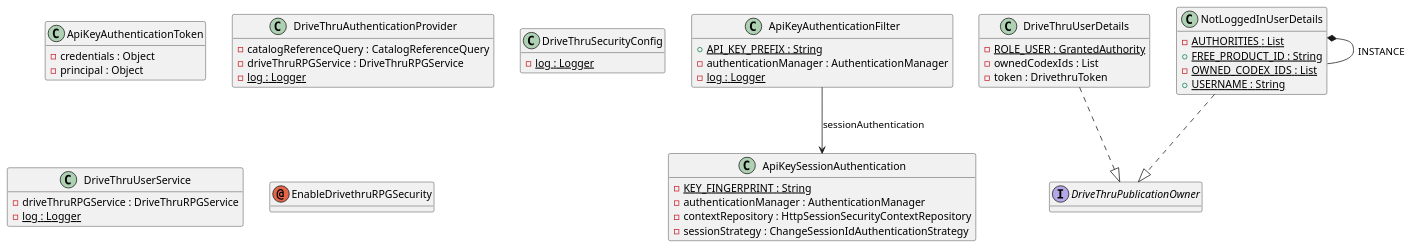
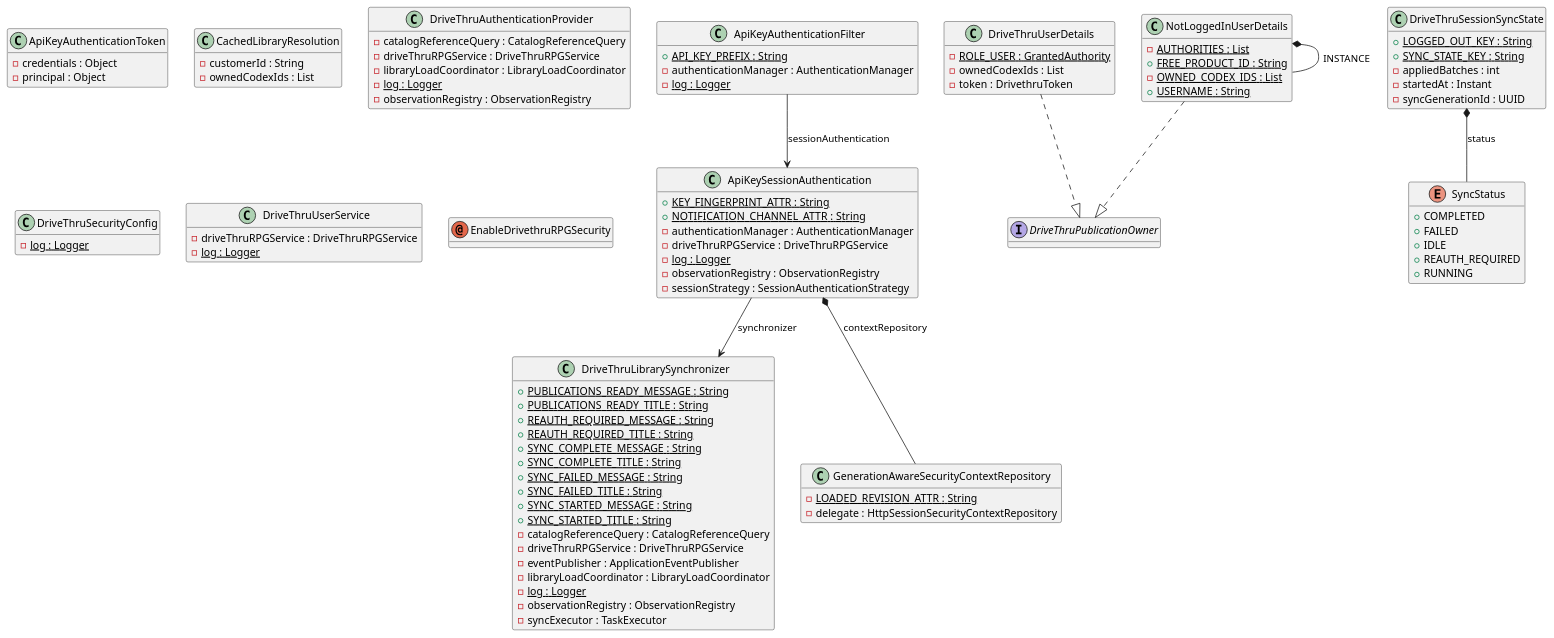
One commit to Paladins-Inn/torg-codex changed the diagram in docs/modules/arc42/images/uml/classes/torg-codex-application-security.puml. Above: the diagram before and after it, drawn with PlantUML. The commit also changed 143 other files, not shown here.

Commit message:
feat: asynchronous library loading and notification for users.

```diff
--- a/docs/modules/arc42/images/uml/classes/torg-codex-application-security.puml
+++ b/docs/modules/arc42/images/uml/classes/torg-codex-application-security.puml
@@ -6,6 +6,8 @@
 	{field} {static} -log : Logger
 	{method} -clearAuthentication ( request : HttpServletRequest , response : HttpServletResponse ) : void
 	{method} #doFilterInternal ( request : HttpServletRequest , response : HttpServletResponse , filterChain : FilterChain ) : void
+	{method}  {static} -isApiRoute ( request : HttpServletRequest ) : boolean
+	{method} -resolveHeaderAuthentication ( apiKey : String , request : HttpServletRequest , response : HttpServletResponse ) : Authentication
 }
 
 
@@ -19,24 +21,85 @@
 
 
 class ApiKeySessionAuthentication {
-	{field} {static} -KEY_FINGERPRINT : String
+	{field} {static} +KEY_FINGERPRINT_ATTR : String
+	{field} {static} +NOTIFICATION_CHANNEL_ATTR : String
 	{field} -authenticationManager : AuthenticationManager
-	{field} -contextRepository : HttpSessionSecurityContextRepository
-	{field} -sessionStrategy : ChangeSessionIdAuthenticationStrategy
+	{field} -driveThruRPGService : DriveThruRPGService
+	{field} {static} -log : Logger
+	{field} -observationRegistry : ObservationRegistry
+	{field} -sessionStrategy : SessionAuthenticationStrategy
 	{method} +authenticate ( apiKey : String , request : HttpServletRequest , response : HttpServletResponse ) : Authentication
+	{method} +authenticateHeaderWithExistingSession ( apiKey : String , request : HttpServletRequest ) : Authentication
+	{method} +authenticateInteractive ( apiKey : String , channelId : String , request : HttpServletRequest , response : HttpServletResponse ) : Authentication
 	{method} +clear ( request : HttpServletRequest , response : HttpServletResponse ) : void
-	{method}  {static} -fingerprint ( apiKey : String ) : byte[]
+	{method}  {static} -completedSessionAuthentication ( session : HttpSession , fingerprint : ApiKeyFingerprint ) : Authentication
+	{method} +currentFingerprint ( session : HttpSession ) : Optional
+	{method}  {static} -existingCompletedOrPartialIdsForSameKey ( session : HttpSession , fingerprint : ApiKeyFingerprint ) : List
+	{method}  {static} -resolveOrCreateChannelId ( session : HttpSession , suppliedChannelId : String ) : String
 	{method} -restore ( authentication : Authentication ) : SecurityContext
+	{method}  {static} ~sanitizeForSession ( authentication : Authentication ) : Authentication
+	{method} -validateTokenWithObservation ( normalizedKey : String ) : DrivethruToken
+}
+
+
+class CachedLibraryResolution {
+	{field} -customerId : String
+	{field} -ownedCodexIds : List
+	{method} +customerId () : String
+	{method} +equals ( o : Object ) : boolean
+	{method} +hashCode () : int
+	{method} +ownedCodexIds () : List
+	{method} +toString () : String
 }
 
 
 class DriveThruAuthenticationProvider {
 	{field} -catalogReferenceQuery : CatalogReferenceQuery
 	{field} -driveThruRPGService : DriveThruRPGService
+	{field} -libraryLoadCoordinator : LibraryLoadCoordinator
 	{field} {static} -log : Logger
+	{field} -observationRegistry : ObservationRegistry
 	{method} +authenticate ( authentication : Authentication ) : Authentication
-	{method} -resolveOwnedCodexIds ( token : DrivethruToken ) : List
+	{method} -authenticateKey ( authentication : Authentication ) : Authentication
+	{method} -resolveOwnedCodexIds ( apiKey : String , token : DrivethruToken ) : List
+	{method}  {static} -sanitizeToken ( token : DrivethruToken ) : DrivethruToken
 	{method} +supports ( authClass : Class ) : boolean
+}
+
+
+class DriveThruLibrarySynchronizer {
+	{field} {static} +PUBLICATIONS_READY_MESSAGE : String
+	{field} {static} +PUBLICATIONS_READY_TITLE : String
+	{field} {static} +REAUTH_REQUIRED_MESSAGE : String
+	{field} {static} +REAUTH_REQUIRED_TITLE : String
+	{field} {static} +SYNC_COMPLETE_MESSAGE : String
+	{field} {static} +SYNC_COMPLETE_TITLE : String
+	{field} {static} +SYNC_FAILED_MESSAGE : String
+	{field} {static} +SYNC_FAILED_TITLE : String
+	{field} {static} +SYNC_STARTED_MESSAGE : String
+	{field} {static} +SYNC_STARTED_TITLE : String
+	{field} -catalogReferenceQuery : CatalogReferenceQuery
+	{field} -driveThruRPGService : DriveThruRPGService
+	{field} -eventPublisher : ApplicationEventPublisher
+	{field} -libraryLoadCoordinator : LibraryLoadCoordinator
+	{field} {static} -log : Logger
+	{field} -observationRegistry : ObservationRegistry
+	{field} -syncExecutor : TaskExecutor
+	{method} -applyBatch ( session : HttpSession , fingerprint : ApiKeyFingerprint , workerToken : DrivethruToken , generationId : UUID , batch : DriveThruLibraryBatch ) : void
+	{method} -completeGeneration ( session : HttpSession , channelId : String , fingerprint : ApiKeyFingerprint , workerToken : DrivethruToken , generationId : UUID , snapshot : DriveThruLibrarySnapshot ) : void
+	{method}  {static} -ensureGenerationActive ( session : HttpSession , fingerprint : ApiKeyFingerprint , generationId : UUID ) : void
+	{method} -handleTaskRejected ( session : HttpSession , channelId : String , fingerprint : ApiKeyFingerprint , generationId : UUID , rejected : TaskRejectedException ) : void
+	{method}  {static} -isGenerationActiveLocked ( session : HttpSession , fingerprint : ApiKeyFingerprint , generationId : UUID ) : boolean
+	{method} -markFailed ( session : HttpSession , channelId : String , fingerprint : ApiKeyFingerprint , generationId : UUID , failure : RuntimeException ) : void
+	{method} -markReauthRequired ( session : HttpSession , channelId : String , fingerprint : ApiKeyFingerprint , generationId : UUID ) : void
+	{method} +notifyCachedReady ( channelId : String ) : void
+	{method} -publishIfPresent ( channelId : String , event : UserNotificationRequested ) : void
+	{method}  {static} -requireActiveStateLocked ( session : HttpSession , fingerprint : ApiKeyFingerprint , generationId : UUID ) : DriveThruSessionSyncState
+	{method} +resolveCachedLibrary ( fingerprint : ApiKeyFingerprint ) : Optional
+	{method} -runSync ( session : HttpSession , channelId : String , fingerprint : ApiKeyFingerprint , workerToken : DrivethruToken , generationId : UUID ) : void
+	{method} +startInitialSync ( session : HttpSession , channelId : String , fingerprint : ApiKeyFingerprint , sessionToken : DrivethruToken , generationId : UUID ) : void
+	{method} +startManualReload ( session : HttpSession , channelId : String , contextRepository : GenerationAwareSecurityContextRepository , request : HttpServletRequest , response : HttpServletResponse ) : boolean
+	{method} -transitionIfActive ( session : HttpSession , fingerprint : ApiKeyFingerprint , generationId : UUID , targetStatus : SyncStatus ) : boolean
 }
 
 
@@ -49,6 +112,26 @@
 	{field} {static} -log : Logger
 	{method} +authenticationManager ( provider : DriveThruAuthenticationProvider ) : AuthenticationManager
 	{method} +driveThruSecurityFilterChain ( http : HttpSecurity , authenticationManager : AuthenticationManager ) : SecurityFilterChain
+}
+
+
+class DriveThruSessionSyncState {
+	{field} {static} +LOGGED_OUT_KEY : String
+	{field} {static} +SYNC_STATE_KEY : String
+	{field} -appliedBatches : int
+	{field} -startedAt : Instant
+	{field} -syncGenerationId : UUID
+	{method} +appliedBatches () : int
+	{method} +equals ( o : Object ) : boolean
+	{method} +hashCode () : int
+	{method}  {static} +idle ( generationId : UUID , startedAt : Instant ) : DriveThruSessionSyncState
+	{method}  {static} +running ( generationId : UUID , startedAt : Instant ) : DriveThruSessionSyncState
+	{method} +startedAt () : Instant
+	{method} +status () : SyncStatus
+	{method} +syncGenerationId () : UUID
+	{method} +toString () : String
+	{method} +withBatchApplied () : DriveThruSessionSyncState
+	{method} +withStatus ( nextStatus : SyncStatus ) : DriveThruSessionSyncState
 }
 
 
@@ -85,6 +168,20 @@
 
 annotation EnableDrivethruRPGSecurity
 
+class GenerationAwareSecurityContextRepository {
+	{field} {static} -LOADED_REVISION_ATTR : String
+	{field} -delegate : HttpSessionSecurityContextRepository
+	{method} -captureLoadedRevision ( request : HttpServletRequest ) : void
+	{method} +containsContext ( request : HttpServletRequest ) : boolean
+	{method}  {static} -isStaleComparedToSession ( request : HttpServletRequest , session : HttpSession ) : boolean
+	{method} +loadContext ( requestResponseHolder : HttpRequestResponseHolder ) : SecurityContext
+	{method} +loadDeferredContext ( request : HttpServletRequest ) : DeferredSecurityContext
+	{method} +markLoggedOut ( request : HttpServletRequest ) : void
+	{method} +saveContext ( context : SecurityContext , request : HttpServletRequest , response : HttpServletResponse ) : void
+	{method} +saveExplicitAuthentication ( authentication : Authentication , syncState : DriveThruSessionSyncState , fingerprint : ApiKeyFingerprint , request : HttpServletRequest , response : HttpServletResponse ) : void
+}
+
+
 class NotLoggedInUserDetails {
 	{field} {static} -AUTHORITIES : List
 	{field} {static} +FREE_PRODUCT_ID : String
@@ -96,9 +193,21 @@
 }
 
 
+enum SyncStatus {
+	{field} +COMPLETED
+	{field} +FAILED
+	{field} +IDLE
+	{field} +REAUTH_REQUIRED
+	{field} +RUNNING
+}
+
+
 
 
 ApiKeyAuthenticationFilter -->  ApiKeySessionAuthentication : sessionAuthentication
+ApiKeySessionAuthentication *--  GenerationAwareSecurityContextRepository : contextRepository
+ApiKeySessionAuthentication -->  DriveThruLibrarySynchronizer : synchronizer
+DriveThruSessionSyncState *--  SyncStatus : status
 DriveThruUserDetails ..|>  DriveThruPublicationOwner
 NotLoggedInUserDetails *--  NotLoggedInUserDetails : INSTANCE
 NotLoggedInUserDetails ..|>  DriveThruPublicationOwner
```
